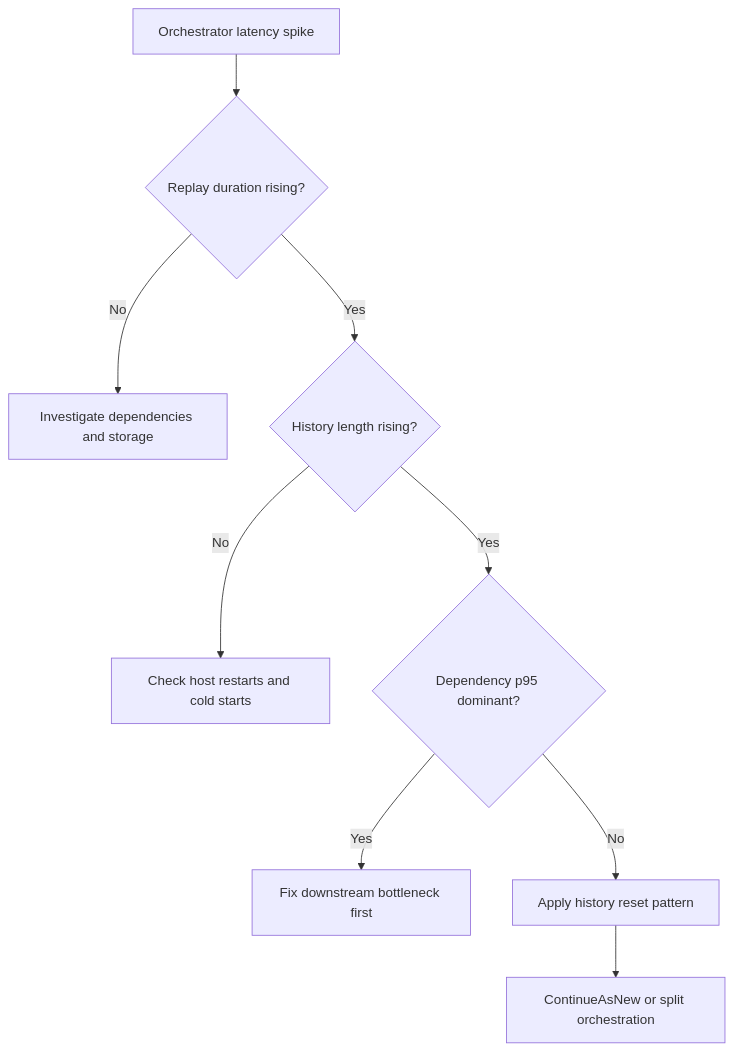
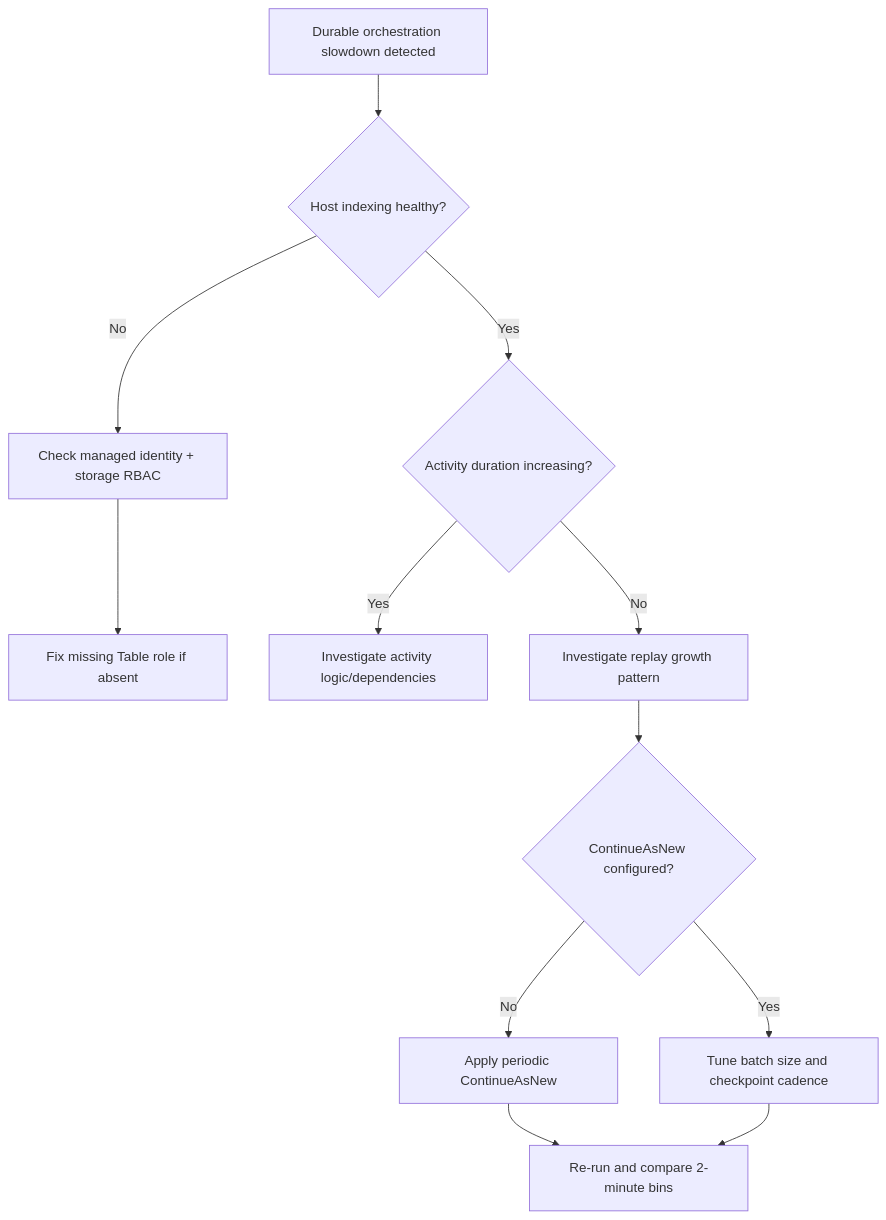
One commit to yeongseon/azure-functions-practical-guide changed the fifth of 6 diagrams in docs/troubleshooting/lab-guides/durable-replay-storm.md. Above: the diagram before and after it, drawn with Mermaid. The commit also changed other lines of this file and 21 other files, not shown here.

````diff
--- a/docs/troubleshooting/lab-guides/durable-replay-storm.md
+++ b/docs/troubleshooting/lab-guides/durable-replay-storm.md
@@ -283,11 +480,14 @@
 ```mermaid
 flowchart TD
-    A[Orchestrator latency spike] --> B{Replay duration rising?}
-    B -- No --> C[Investigate dependencies and storage]
-    B -- Yes --> D{History length rising?}
-    D -- No --> E[Check host restarts and cold starts]
-    D -- Yes --> F{Dependency p95 dominant?}
-    F -- Yes --> G[Fix downstream bottleneck first]
-    F -- No --> H[Apply history reset pattern]
-    H --> I[ContinueAsNew or split orchestration]
+    A[Durable orchestration slowdown detected] --> B{Host indexing healthy?}
+    B -->|No| C[Check managed identity + storage RBAC]
+    C --> D[Fix missing Table role if absent]
+    B -->|Yes| E{Activity duration increasing?}
+    E -->|Yes| F[Investigate activity logic/dependencies]
+    E -->|No| G[Investigate replay growth pattern]
+    G --> H{ContinueAsNew configured?}
+    H -->|No| I[Apply periodic ContinueAsNew]
+    H -->|Yes| J[Tune batch size and checkpoint cadence]
+    I --> K[Re-run and compare 2-minute bins]
+    J --> K
 ```
````
